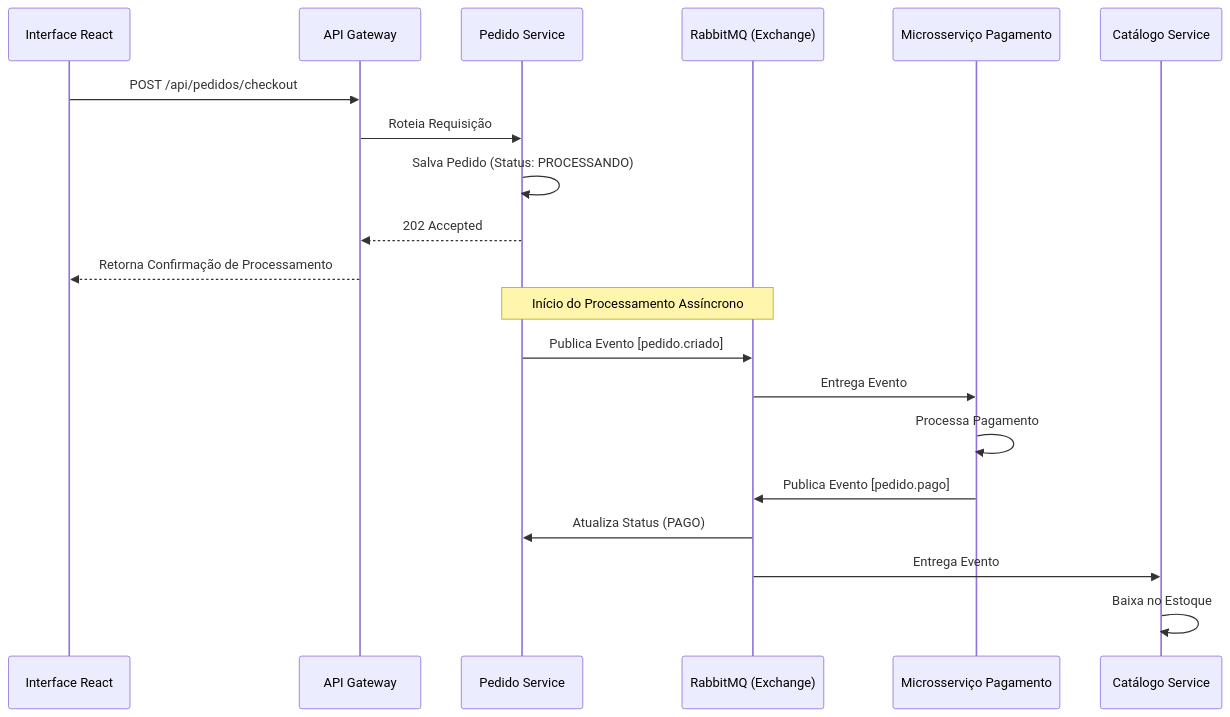
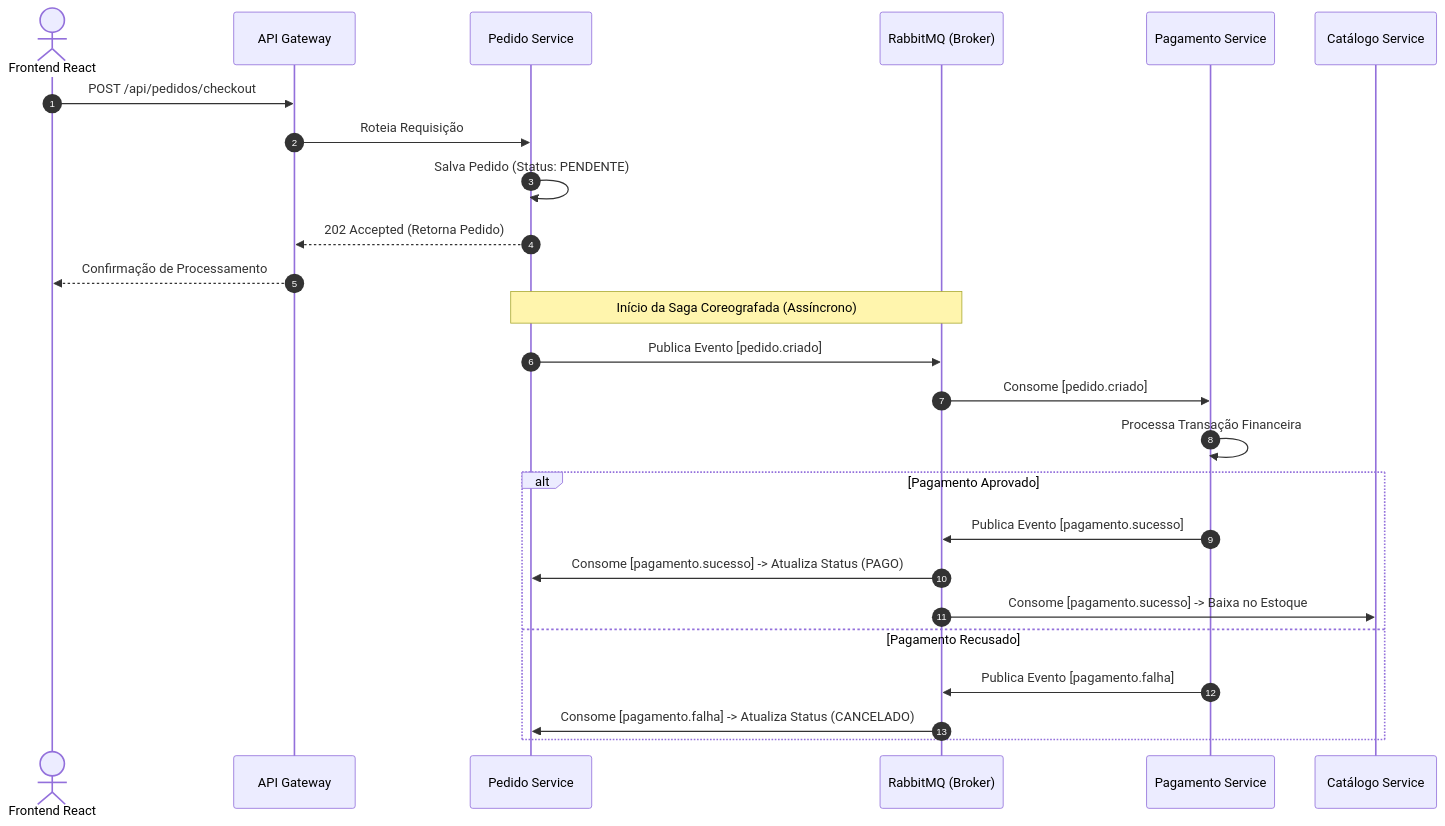
The second of 3 diagrams in readme.md (Matheusz19/projeto_de_bloco_ecommerce_microsservices), drawn with Mermaid before and after one commit. The commit also changed other lines of this file and 108 other files, not shown here.

````diff
--- a/readme.md
+++ b/readme.md
@@ -116,28 +71,31 @@
 ```mermaid
 sequenceDiagram
-    participant UI as Interface React
-    participant GW as API Gateway
-    participant PedidoSrv as Pedido Service
-    participant MQ as RabbitMQ (Exchange)
-    participant PagMS as Microsserviço Pagamento
-    participant CatMS as Catálogo Service
+   autonumber
+   actor Client as Frontend React
+   participant GW as API Gateway
+   participant Pedido as Pedido Service
+   participant MQ as RabbitMQ (Broker)
+   participant Pagamento as Pagamento Service
+   participant Catalogo as Catálogo Service
 
-    UI->>GW: POST /api/pedidos/checkout
-    GW->>PedidoSrv: Roteia Requisição
+   Client->>GW: POST /api/pedidos/checkout
+   GW->>Pedido: Roteia Requisição
+   Pedido->>Pedido: Salva Pedido (Status: PENDENTE)
+   Pedido-->>GW: 202 Accepted (Retorna Pedido)
+   GW-->>Client: Confirmação de Processamento
 
-    PedidoSrv->>PedidoSrv: Salva Pedido (Status: PROCESSANDO)
-    PedidoSrv-->>GW: 202 Accepted
-    GW-->>UI: Retorna Confirmação de Processamento
+   Note over Pedido,MQ: Início da Saga Coreografada (Assíncrono)
 
-    Note over PedidoSrv,MQ: Início do Processamento Assíncrono
+   Pedido->>MQ: Publica Evento [pedido.criado]
+   MQ->>Pagamento: Consome [pedido.criado]
+   Pagamento->>Pagamento: Processa Transação Financeira
 
-    PedidoSrv->>MQ: Publica Evento [pedido.criado]
-    MQ->>PagMS: Entrega Evento
-
-    PagMS->>PagMS: Processa Pagamento
-    PagMS->>MQ: Publica Evento [pedido.pago]
-
-    MQ->>PedidoSrv: Atualiza Status (PAGO)
-    MQ->>CatMS: Entrega Evento
-    CatMS->>CatMS: Baixa no Estoque
+   alt Pagamento Aprovado
+      Pagamento->>MQ: Publica Evento [pagamento.sucesso]
+      MQ->>Pedido: Consome [pagamento.sucesso] -> Atualiza Status (PAGO)
+      MQ->>Catalogo: Consome [pagamento.sucesso] -> Baixa no Estoque
+   else Pagamento Recusado
+      Pagamento->>MQ: Publica Evento [pagamento.falha]
+      MQ->>Pedido: Consome [pagamento.falha] -> Atualiza Status (CANCELADO)
+   end
 ```
````
